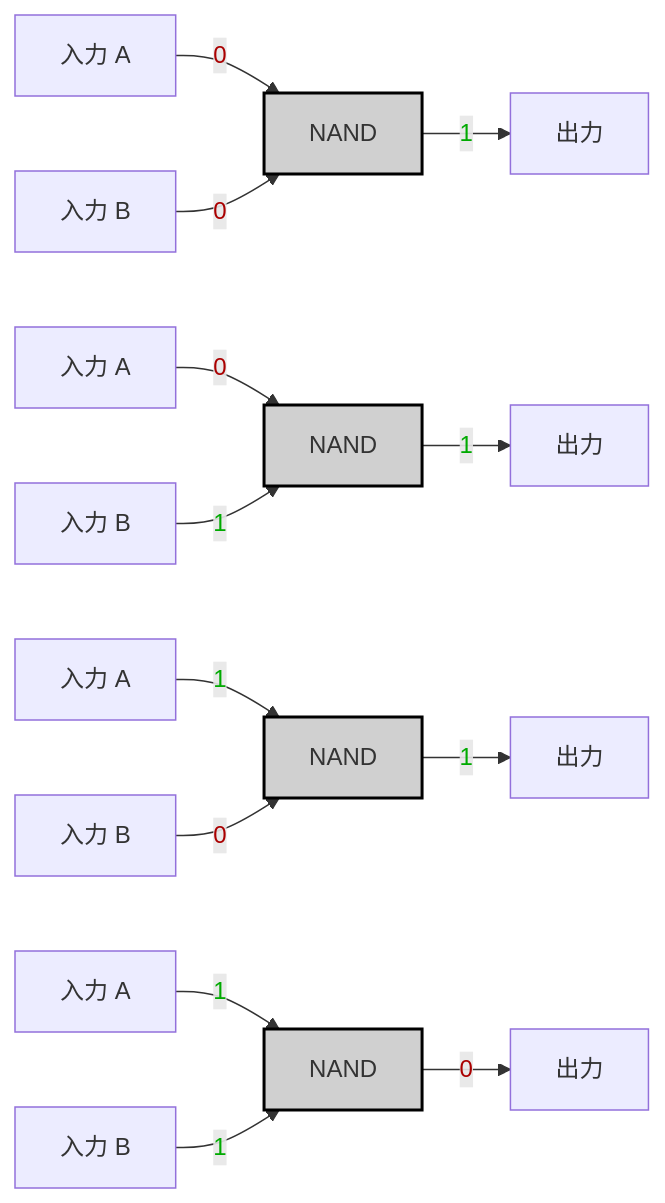
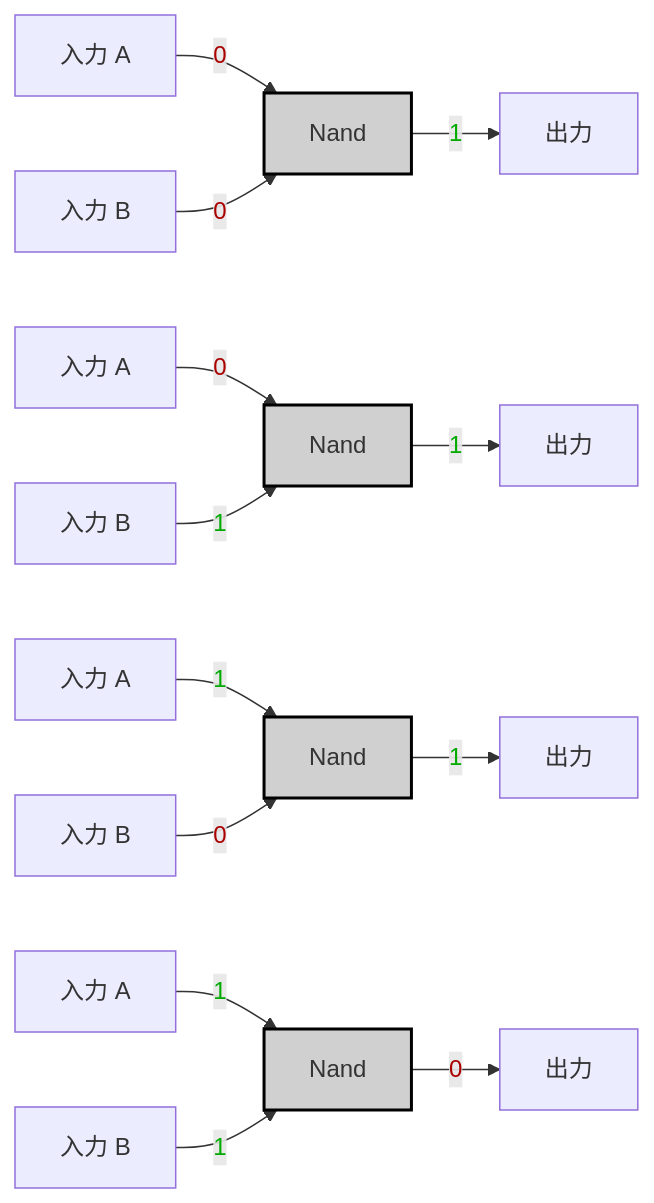
Before and after one commit to MeJamoLeo/Vault_Templates: the diagram in 99_Projects/Nand2Tetris/HackHDL/00_NAND.md, drawn with Mermaid. The commit also changed other lines of this file and 4 other files, not shown here.

````diff
--- a/99_Projects/Nand2Tetris/HackHDL/00_NAND.md
+++ b/99_Projects/Nand2Tetris/HackHDL/00_NAND.md
@@ -22,20 +22,20 @@
 ```mermaid
 graph LR;
-A0["入力 A"] -->|<span style="color:#a00">0</span>| NAND0;
-B0["入力 B"] -->|<span style="color:#a00">0</span>| NAND0;
-NAND0["NAND"]:::gate -->|<span style="color:#0a0">1</span>| OUT0["出力"];
+A0["入力 A"] -->|<span style="color:#a00">0</span>| Nand0;
+B0["入力 B"] -->|<span style="color:#a00">0</span>| Nand0;
+Nand0["Nand"]:::gate -->|<span style="color:#0a0">1</span>| OUT0["出力"];
 
-A1["入力 A"] -->|<span style="color:#a00">0</span>| NAND1;
-B1["入力 B"] -->|<span style="color:#0a0">1</span>| NAND1;
-NAND1["NAND"]:::gate -->|<span style="color:#0a0">1</span>| OUT1["出力"];
+A1["入力 A"] -->|<span style="color:#a00">0</span>| Nand1;
+B1["入力 B"] -->|<span style="color:#0a0">1</span>| Nand1;
+Nand1["Nand"]:::gate -->|<span style="color:#0a0">1</span>| OUT1["出力"];
 
-A2["入力 A"] -->|<span style="color:#0a0">1</span>| NAND2;
-B2["入力 B"] -->|<span style="color:#a00">0</span>| NAND2;
-NAND2["NAND"]:::gate -->|<span style="color:#0a0">1</span>| OUT2["出力"];
+A2["入力 A"] -->|<span style="color:#0a0">1</span>| Nand2;
+B2["入力 B"] -->|<span style="color:#a00">0</span>| Nand2;
+Nand2["Nand"]:::gate -->|<span style="color:#0a0">1</span>| OUT2["出力"];
 
-A3["入力 A"] -->|<span style="color:#0a0">1</span>| NAND3;
-B3["入力 B"] -->|<span style="color:#0a0">1</span>| NAND3;
-NAND3["NAND"]:::gate -->|<span style="color:#a00">0</span>| OUT3["出力"];
+A3["入力 A"] -->|<span style="color:#0a0">1</span>| Nand3;
+B3["入力 B"] -->|<span style="color:#0a0">1</span>| Nand3;
+Nand3["Nand"]:::gate -->|<span style="color:#a00">0</span>| OUT3["出力"];
 
 classDef gate fill:#d0d0d0,stroke:#000,stroke-width:2px;
 ```
````
